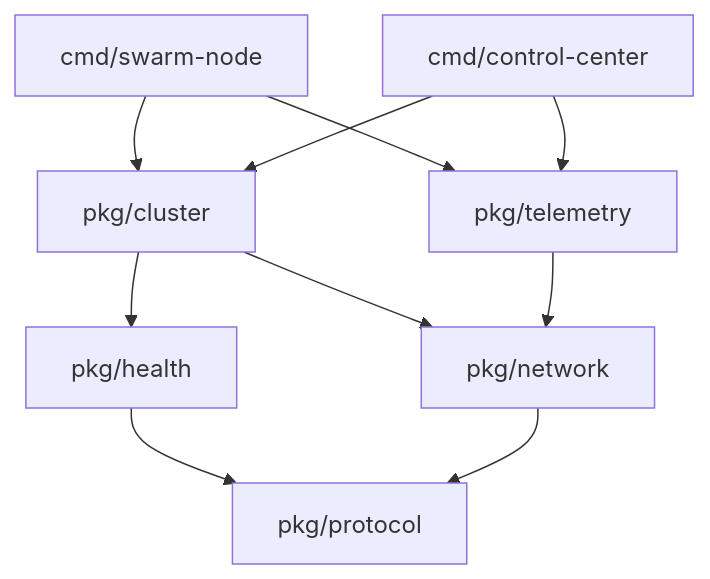
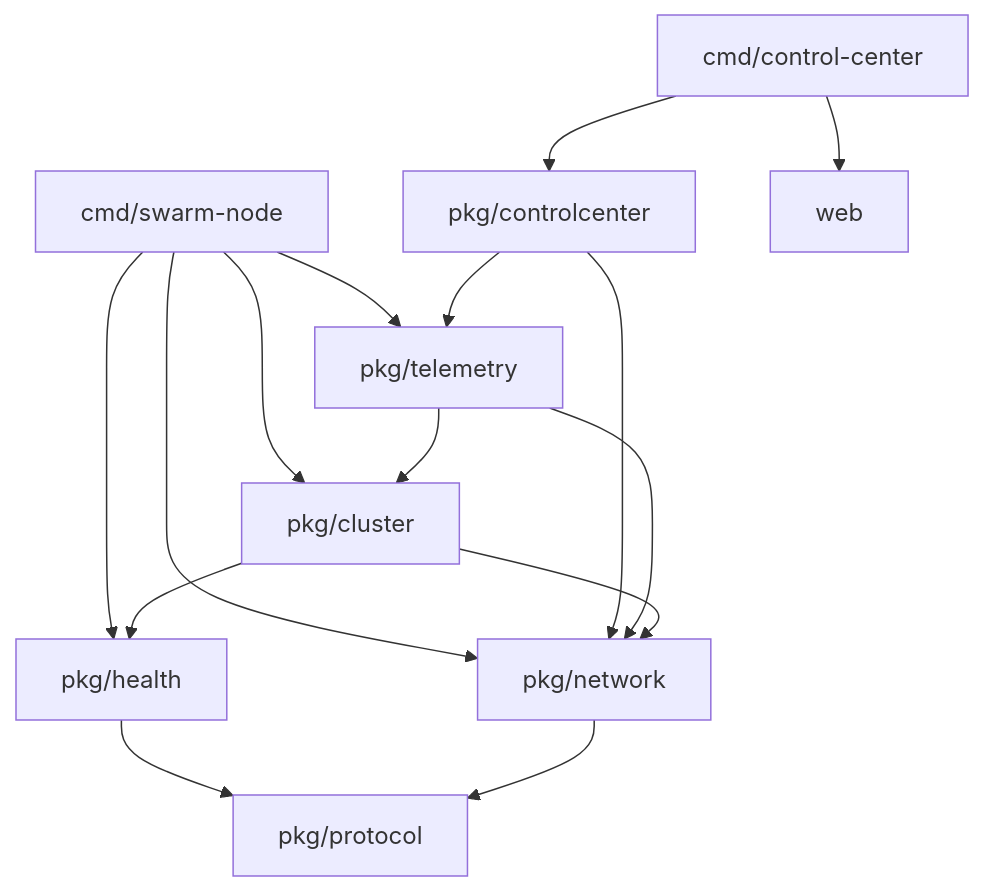
The diagram in docs/architecture/repo-layout.md (Aditya-Jyoti/swarm-communication), drawn with Mermaid before and after one commit. The commit also changed other lines of this file, not shown here.

Commit message:
docs(architecture): update repo layout for Phase 5

````diff
--- a/docs/architecture/repo-layout.md
+++ b/docs/architecture/repo-layout.md
@@ -53,20 +60,27 @@
 ```mermaid
 flowchart TD
     N["cmd/swarm-node"]
     C["cmd/control-center"]
+    CC["pkg/controlcenter"]
+    WEB["web"]
     CL["pkg/cluster"]
     T["pkg/telemetry"]
     H["pkg/health"]
     NW["pkg/network"]
     P["pkg/protocol"]
 
     N --> CL
     N --> T
-    C --> CL
-    C --> T
+    N --> H
+    N --> NW
+    C --> CC
+    C --> WEB
+    CC --> T
+    CC --> NW
+    T --> CL
+    T --> NW
     CL --> H
     CL --> NW
-    T --> NW
     H --> P
     NW --> P
 ```
````
